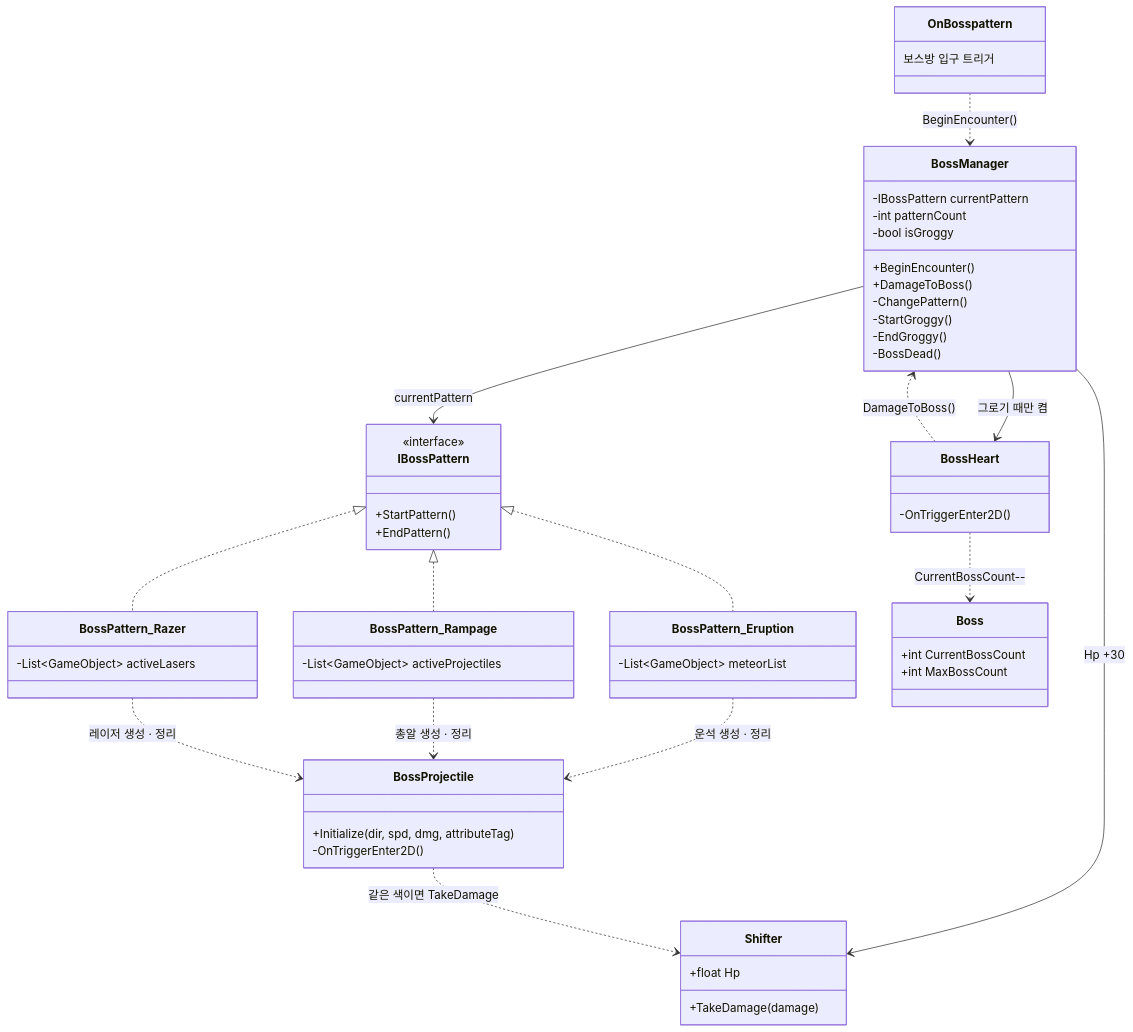
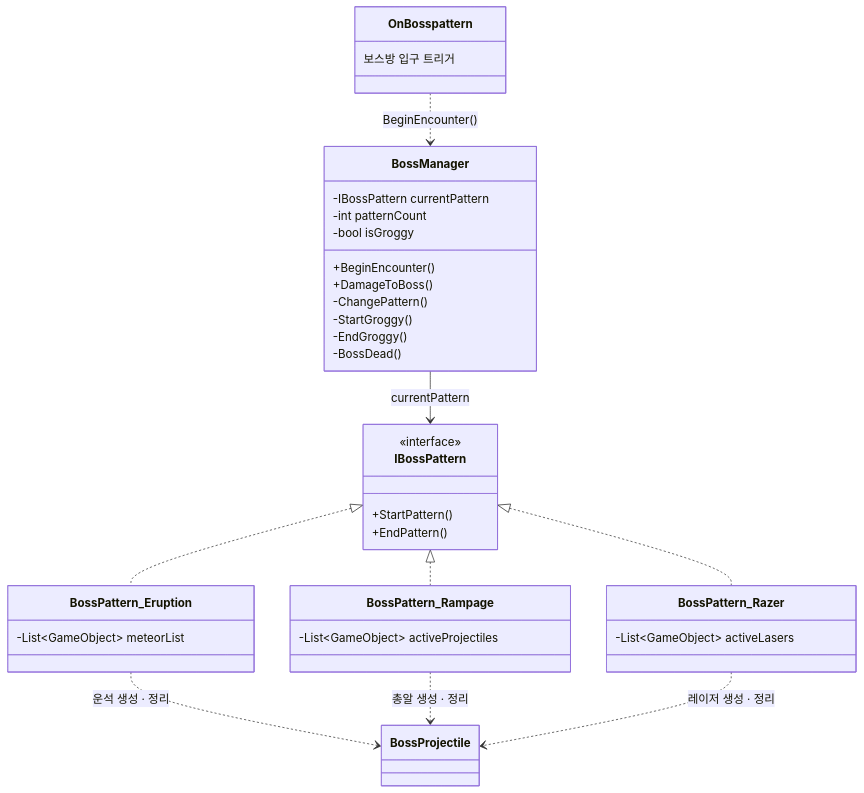
The sixth of 7 diagrams in src/Shifter/Shifter_기술문서.md (krKooHoo/portfolio-template), drawn with Mermaid before and after one commit. The commit also changed other lines of this file, not shown here.

````diff
--- a/src/Shifter/Shifter_기술문서.md
+++ b/src/Shifter/Shifter_기술문서.md
@@ -364,61 +362,41 @@
 ```mermaid
 classDiagram
     direction TB
     class OnBosspattern {
         보스방 입구 트리거
     }
     class BossManager {
         -IBossPattern currentPattern
         -int patternCount
         -bool isGroggy
         +BeginEncounter()
         +DamageToBoss()
         -ChangePattern()
         -StartGroggy()
         -EndGroggy()
         -BossDead()
     }
     class IBossPattern {
         <<interface>>
         +StartPattern()
         +EndPattern()
     }
     class BossPattern_Eruption {
         -List~GameObject~ meteorList
     }
     class BossPattern_Rampage {
         -List~GameObject~ activeProjectiles
     }
     class BossPattern_Razer {
         -List~GameObject~ activeLasers
     }
-    class BossProjectile {
-        +Initialize(dir, spd, dmg, attributeTag)
-        -OnTriggerEnter2D()
-    }
-    class BossHeart {
-        -OnTriggerEnter2D()
-    }
-    class Boss {
-        +int CurrentBossCount
-        +int MaxBossCount
-    }
-    class Shifter {
-        +float Hp
-        +TakeDamage(damage)
-    }
 
     OnBosspattern ..> BossManager : BeginEncounter()
     BossManager --> IBossPattern : currentPattern
     IBossPattern <|.. BossPattern_Eruption
     IBossPattern <|.. BossPattern_Rampage
     IBossPattern <|.. BossPattern_Razer
     BossPattern_Eruption ..> BossProjectile : 운석 생성 · 정리
     BossPattern_Rampage ..> BossProjectile : 총알 생성 · 정리
     BossPattern_Razer ..> BossProjectile : 레이저 생성 · 정리
-    BossManager --> BossHeart : 그로기 때만 켬
-    BossHeart ..> Boss : CurrentBossCount--
-    BossHeart ..> BossManager : DamageToBoss()
-    BossManager --> Shifter : Hp +30
-    BossProjectile ..> Shifter : 같은 색이면 TakeDamage
 ```
````
